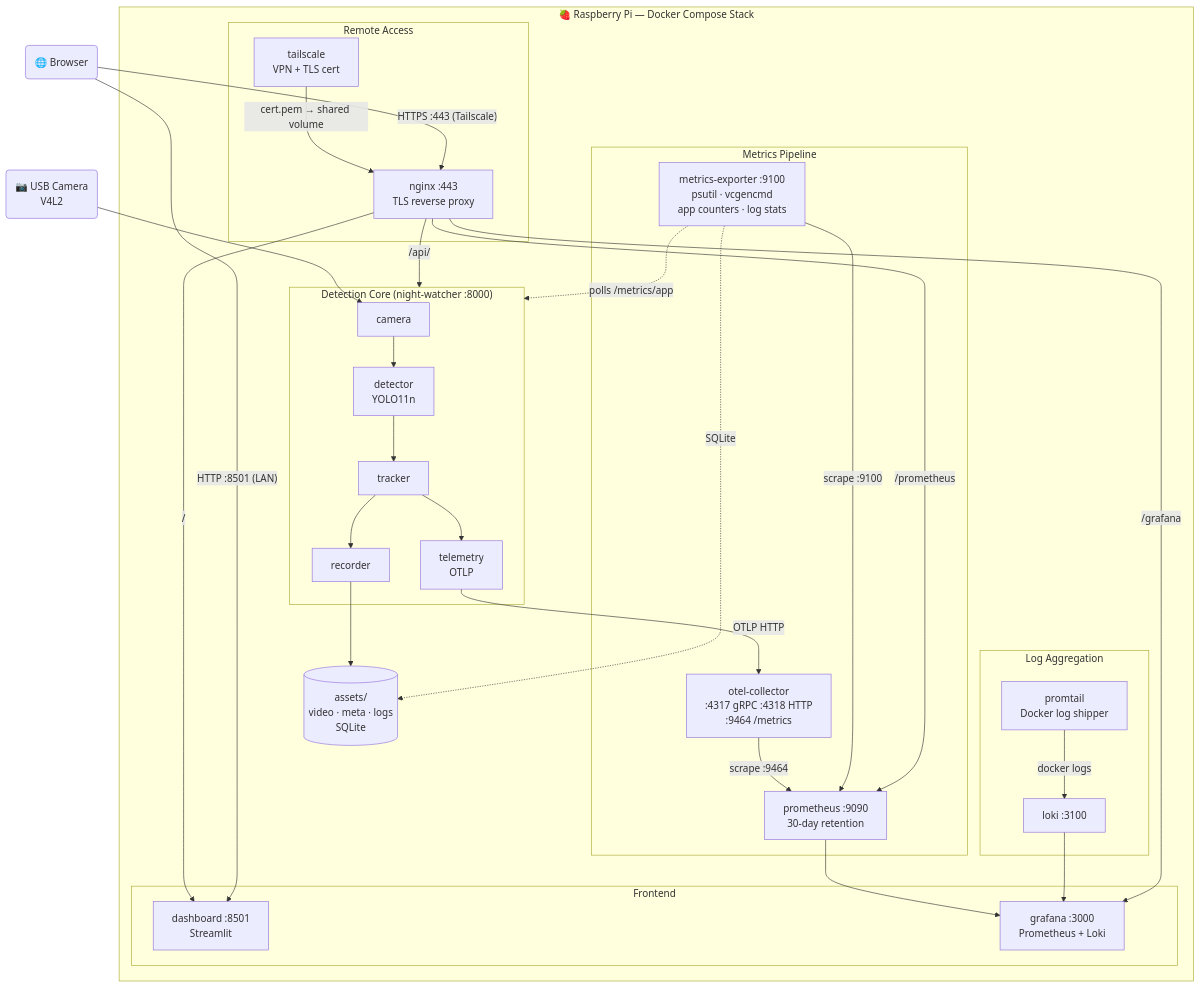
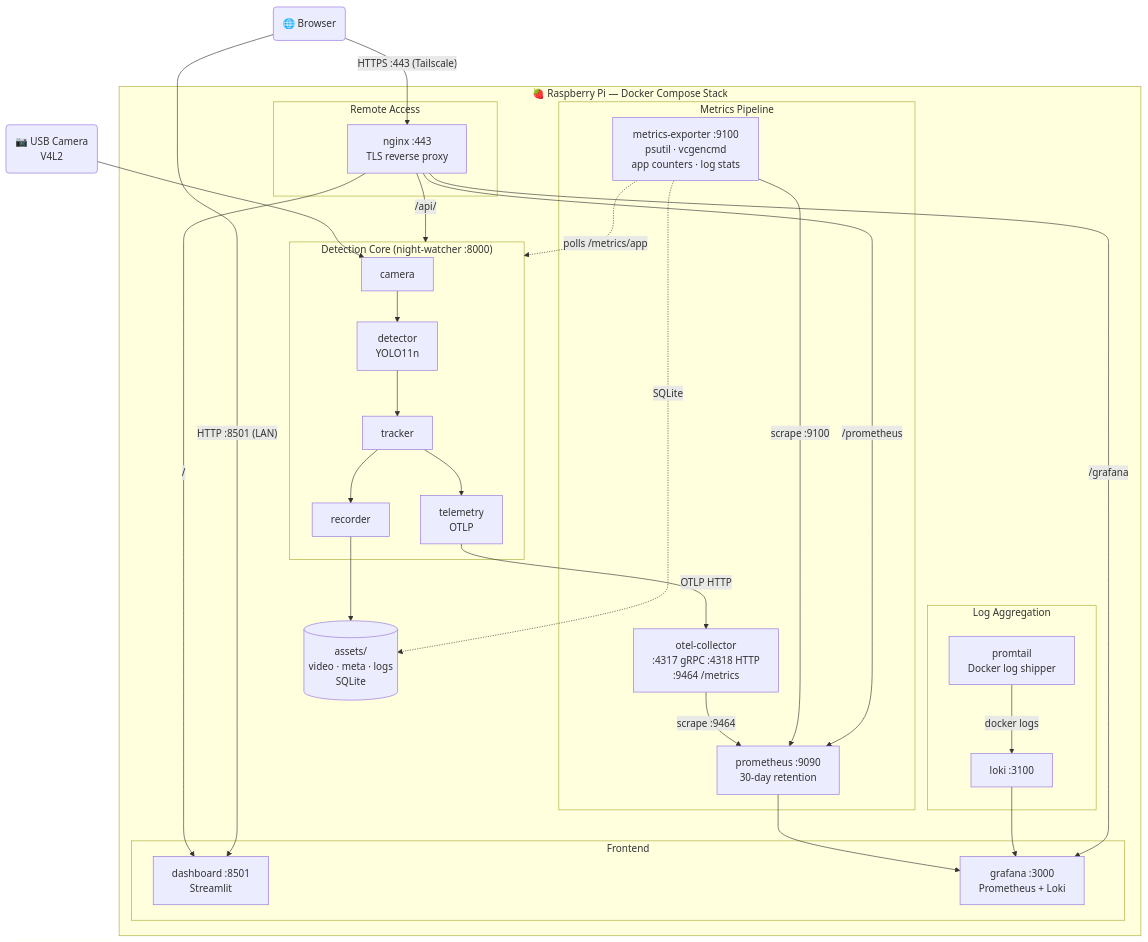
Before and after one commit to dugi42/night-watcher: the second of 2 diagrams in README.md, drawn with Mermaid. The commit also changed other lines of this file and 3 other files, not shown here.

````diff
--- a/README.md
+++ b/README.md
@@ -99,60 +102,58 @@
 ```mermaid
 flowchart TD
     cam("📷 USB Camera\nV4L2")
 
     subgraph pi["🍓 Raspberry Pi — Docker Compose Stack"]
 
         subgraph detection["Detection Core  (night-watcher :8000)"]
             camera["camera"]
             detector["detector\nYOLO11n"]
             tracker["tracker"]
             recorder["recorder"]
             telemetry["telemetry\nOTLP"]
         end
 
         assets[("assets/\nvideo · meta · logs\nSQLite")]
 
         subgraph metrics["Metrics Pipeline"]
             exp["metrics-exporter :9100\npsutil · vcgencmd\napp counters · log stats"]
             otel["otel-collector\n:4317 gRPC  :4318 HTTP\n:9464 /metrics"]
             prom["prometheus :9090\n30-day retention"]
         end
 
         subgraph logging["Log Aggregation"]
             promtail["promtail\nDocker log shipper"]
             loki["loki :3100"]
         end
 
         subgraph frontend["Frontend"]
             dash["dashboard :8501\nStreamlit"]
             graf["grafana :3000\nPrometheus + Loki"]
         end
 
         subgraph remote["Remote Access"]
-            ts["tailscale\nVPN + TLS cert"]
             ng["nginx :443\nTLS reverse proxy"]
         end
 
     end
 
     browser("🌐 Browser")
 
     cam --> camera --> detector --> tracker --> recorder
     tracker --> telemetry
     recorder --> assets
     exp -.->|polls /metrics/app| detection
     exp -.->|SQLite| assets
     telemetry -->|OTLP HTTP| otel
     otel -->|scrape :9464| prom
     exp -->|scrape :9100| prom
     promtail -->|docker logs| loki
     prom --> graf
     loki --> graf
-    ts -->|cert.pem → shared volume| ng
     ng -->|"/"| dash
     ng -->|"/grafana"| graf
     ng -->|"/api/"| detection
     ng -->|"/prometheus"| prom
     browser -->|"HTTP :8501 (LAN)"| dash
     browser -->|"HTTPS :443 (Tailscale)"| ng
 ```
````
